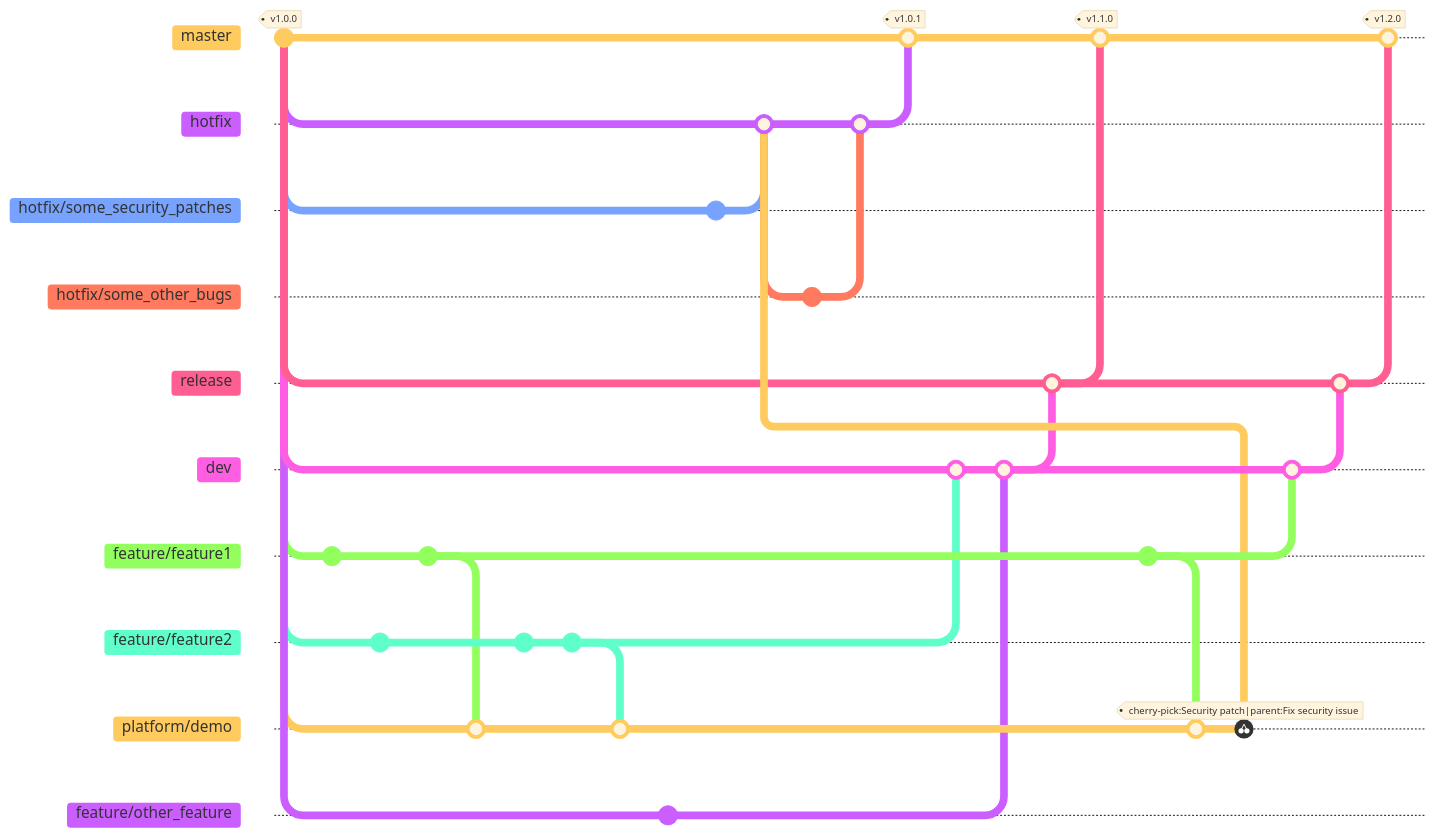
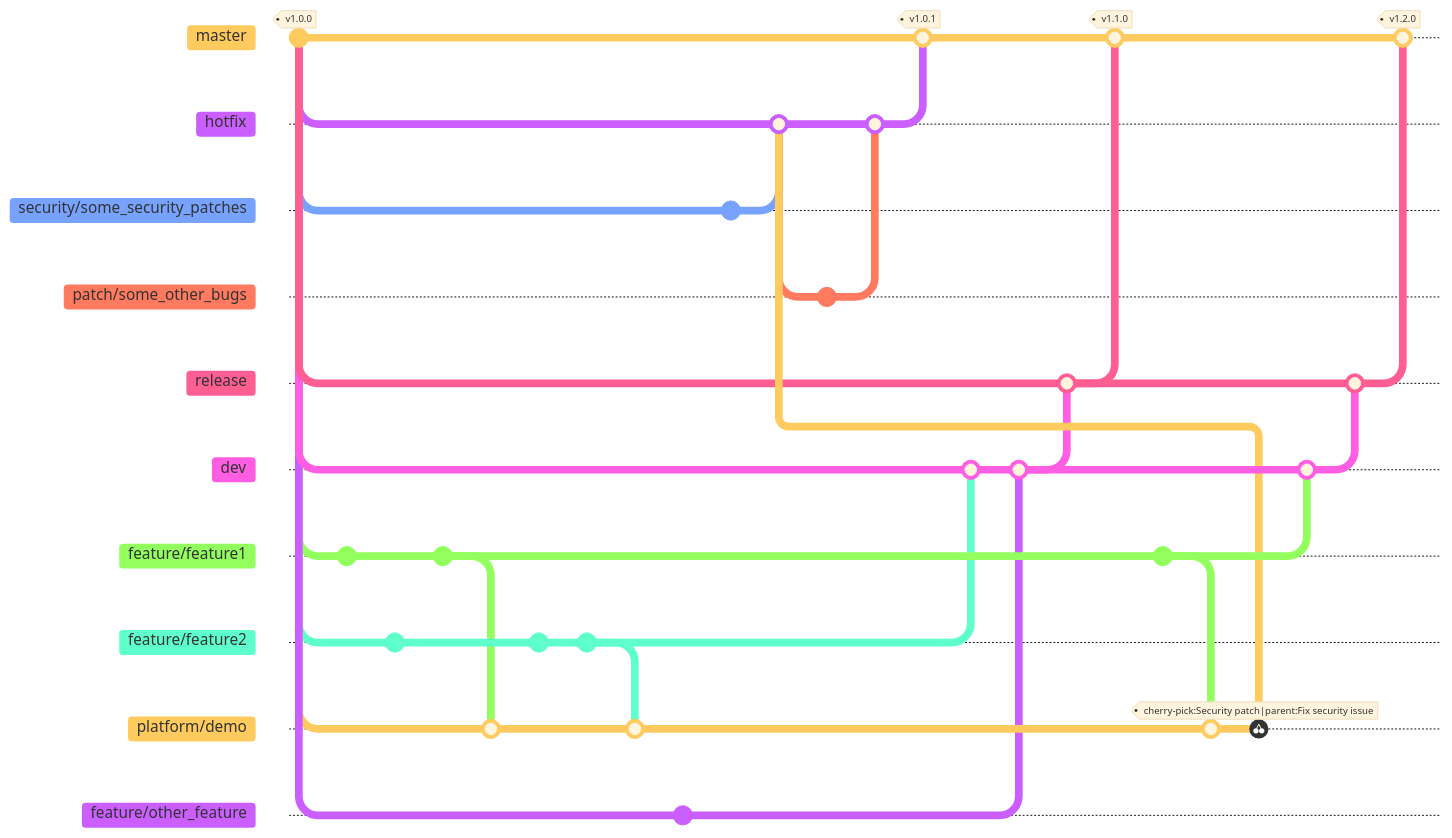
The diagram in media/com_emundus/gitflow.md (emundus/tchooz), drawn with Mermaid before and after one commit. The commit also changed 2 other files, not shown here.

Commit message:
fix: Fix gitflow

````diff
--- a/media/com_emundus/gitflow.md
+++ b/media/com_emundus/gitflow.md
@@ -1,64 +1,64 @@
 ```mermaid
 %%{init: { 'logLevel': 'debug', 'theme': 'base', 'gitGraph': {'showBranches': true, 'showCommitLabel':false,'mainBranchName': 'master'}} }%% 
 gitGraph
         commit id: "Initial commit" tag: "v1.0.0"
         branch hotfix order: 1
         checkout hotfix
         branch release order: 3
         checkout master
         checkout release
         branch dev order: 4
         checkout dev
         branch feature/feature1 order: 5
         checkout feature/feature1
         commit id: "Init workflow builder"
         checkout dev
         branch feature/feature2 order: 6
         commit id: "Init other feature"
         checkout feature/feature1
         commit id: "Add workflow builder"
         checkout dev
         branch platform/demo order: 7
         checkout platform/demo
         merge feature/feature1
         checkout feature/feature2
         commit id: "Add conditionnal builder"
         commit id: "Fix conditionnal builder"
         checkout platform/demo
         merge feature/feature2
         checkout dev
         branch feature/other_feature order: 8
         checkout feature/other_feature
         commit id: "Add other feature"
         checkout hotfix
-        branch hotfix/some_security_patches order: 2
-        checkout hotfix/some_security_patches
+        branch security/some_security_patches order: 2
+        checkout security/some_security_patches
         commit id: "Fix security issue"
         checkout hotfix
-        merge hotfix/some_security_patches id: "Security patch"
-        branch hotfix/some_other_bugs order: 2
-        checkout hotfix/some_other_bugs
+        merge security/some_security_patches id: "Security patch"
+        branch patch/some_other_bugs order: 2
+        checkout patch/some_other_bugs
         commit id: "Fix bug"
         checkout hotfix
-        merge hotfix/some_other_bugs
+        merge patch/some_other_bugs
         checkout master
         merge hotfix id: "Release 1.0.1" tag: "v1.0.1"
         checkout dev
         merge feature/feature2
         merge feature/other_feature
         checkout release
         merge dev
         checkout master
         merge release id: "Release 1.1.0" tag: "v1.1.0"
         checkout feature/feature1
         commit id: "Add new feature"
         checkout platform/demo
         merge feature/feature1
         cherry-pick id:"Security patch" parent:"Fix security issue"
         checkout dev
         merge feature/feature1
         checkout release
         merge dev
         checkout master
         merge release id: "Release 1.2.0" tag: "v1.2.0"
 ```
````
